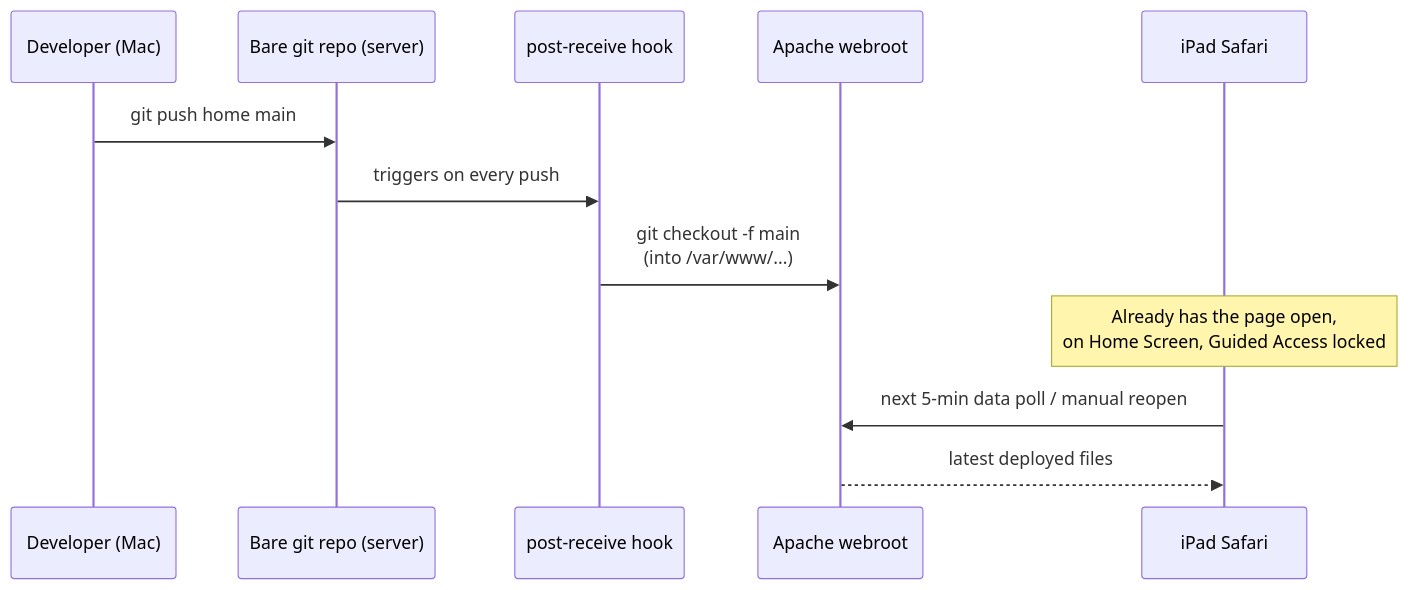
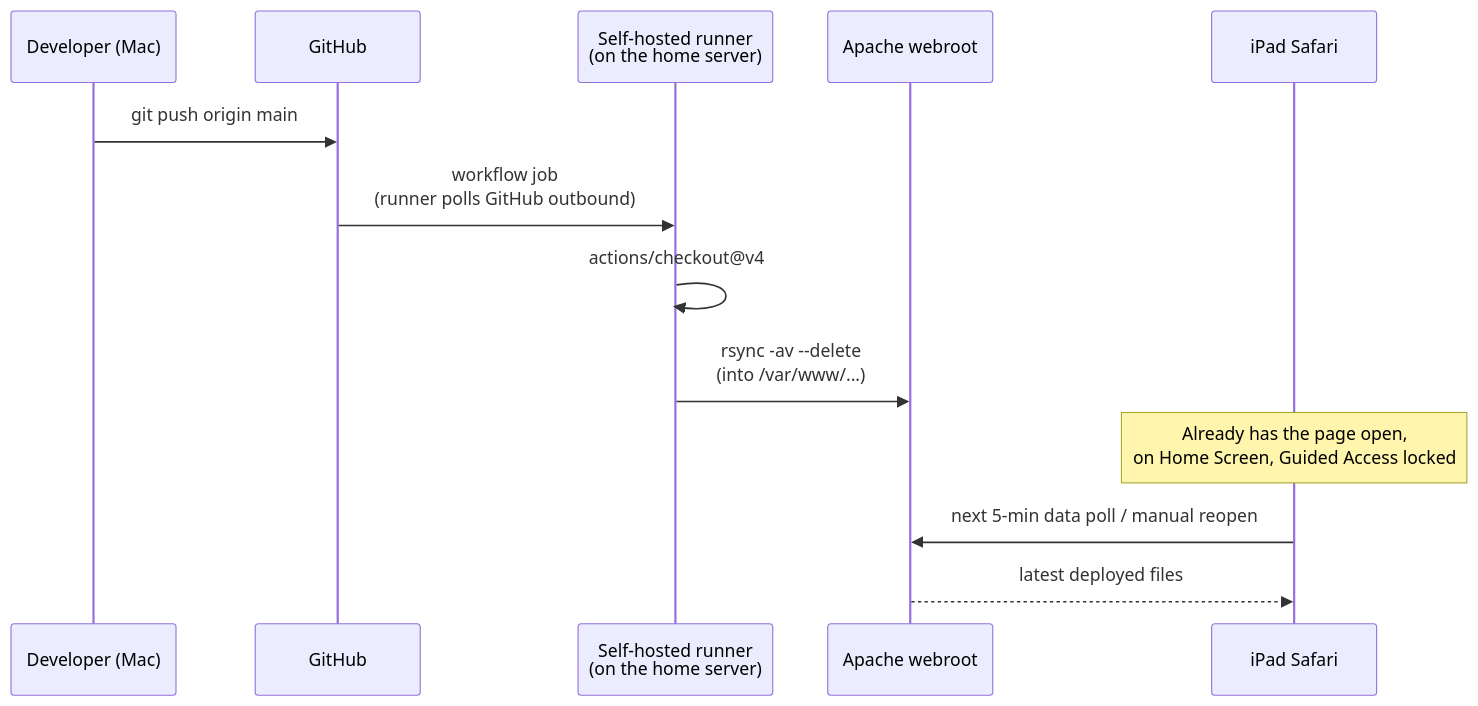
The second of 2 diagrams in ARCHITECTURE.md (amarmohammed398/home-dashboard-hub), drawn with Mermaid before and after one commit. The commit also changed other lines of this file and 2 other files, not shown here.

````diff
--- a/ARCHITECTURE.md
+++ b/ARCHITECTURE.md
@@ -86,15 +90,16 @@
 ```mermaid
 sequenceDiagram
     participant Dev as Developer (Mac)
-    participant Bare as Bare git repo (server)
-    participant Hook as post-receive hook
+    participant GH as GitHub
+    participant Runner as Self-hosted runner<br/>(on the home server)
     participant Web as Apache webroot
     participant Tab as iPad Safari
 
-    Dev->>Bare: git push home main
-    Bare->>Hook: triggers on every push
-    Hook->>Web: git checkout -f main<br/>(into /var/www/...)
+    Dev->>GH: git push origin main
+    GH->>Runner: workflow job<br/>(runner polls GitHub outbound)
+    Runner->>Runner: actions/checkout@v4
+    Runner->>Web: rsync -av --delete<br/>(into /var/www/...)
     Note over Tab: Already has the page open,<br/>on Home Screen, Guided Access locked
     Tab->>Web: next 5-min data poll / manual reopen
     Web-->>Tab: latest deployed files
 ```
````
